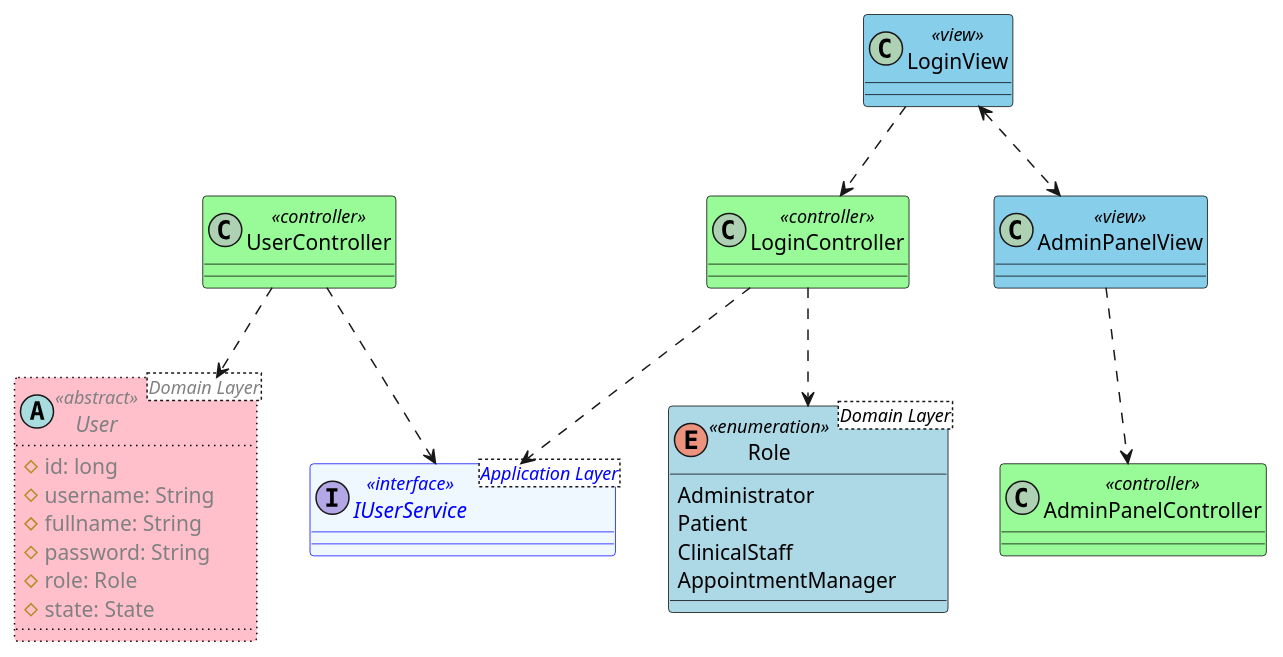
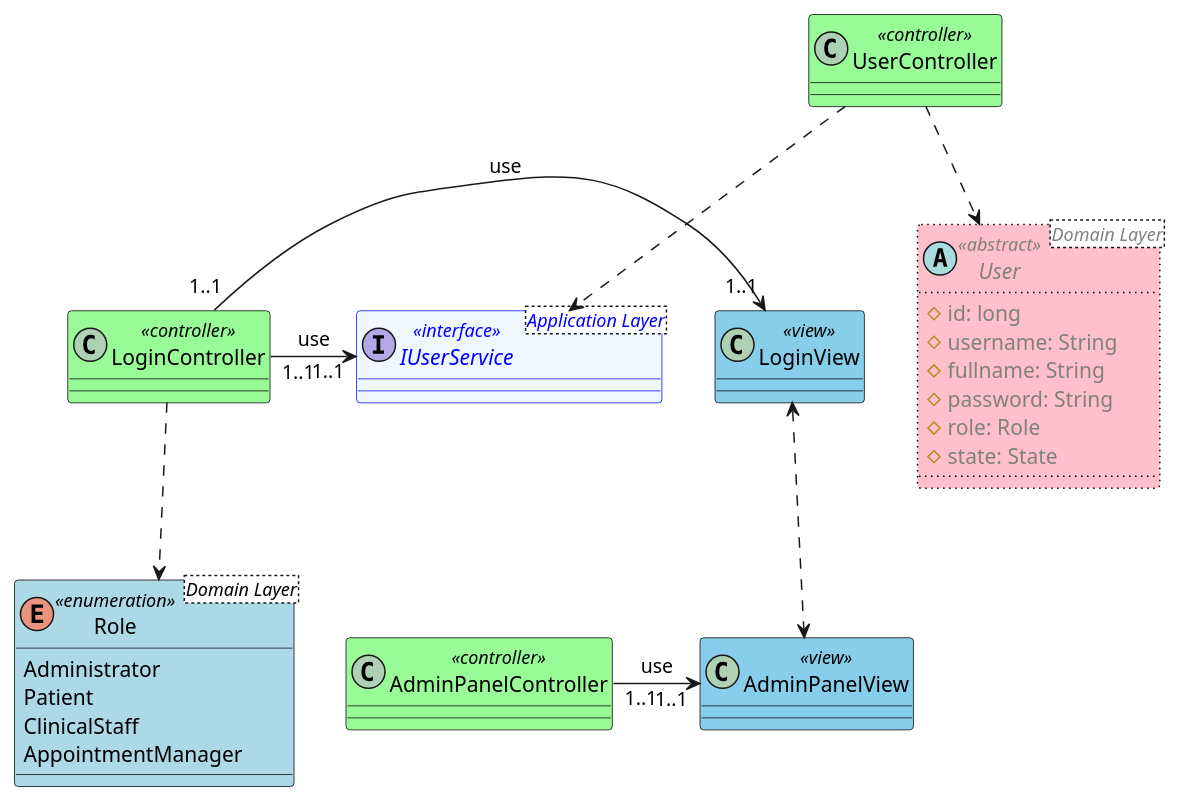
One commit to FernandoMulato/Piedrazul-Medical-Services-Network changed the diagram in 1.Project-with_Monolithic_Architecture/mod_app_piedrazul_medical_services_network/Presentation/dClassPresentation.puml. Above: the diagram before and after it, drawn with PlantUML. The commit also changed 1 other file, not shown here.

```diff
--- a/1.Project-with_Monolithic_Architecture/mod_app_piedrazul_medical_services_network/Presentation/dClassPresentation.puml
+++ b/1.Project-with_Monolithic_Architecture/mod_app_piedrazul_medical_services_network/Presentation/dClassPresentation.puml
@@ -1,49 +1,49 @@
 @startuml PresentationClasses
 
 class UserController <<controller>> #PaleGreen;line:Black;text:Black {
 
 }
 
 class LoginView <<view>> #SkyBlue;line:Black;text:Black {
 
 }
 
 class AdminPanelView <<view>> #SkyBlue;line:Black;text:Black {
 }
 
 class LoginController <<controller>> #PaleGreen;line:Black;text:Black {
 }
 
 class AdminPanelController <<controller>> #PaleGreen;line:Black;text:Black {
 }
 
 ' from domain layer
 abstract User<Domain Layer> <<abstract>> #Pink;line:Black;line.dotted;text:gray {
   # id: long 
   # username: String
   # fullname: String
   # password: String
   # role: Role
   # state: State
 }
 
 ' from application layer
 interface IUserService<Application Layer> <<interface>> #aliceblue;line:blue;text:blue {}
 
 ' from domain layer
 enum Role<Domain Layer> <<enumeration>> #LightBlue;line:Black;text:Black {
   Administrator
   Patient
   ClinicalStaff
   AppointmentManager
 }
 
 UserController ..> User
 UserController ..> IUserService
-LoginView ..> LoginController
 LoginView <..> AdminPanelView
-AdminPanelView ..> AdminPanelController
-LoginController ..> IUserService
 LoginController ..> Role
+AdminPanelController "1..1" -> "1..1" AdminPanelView : use
+LoginController "1..1" -> "1..1" LoginView : use
+LoginController "1..1" -> "1..1" IUserService : use
 
 @enduml
```
